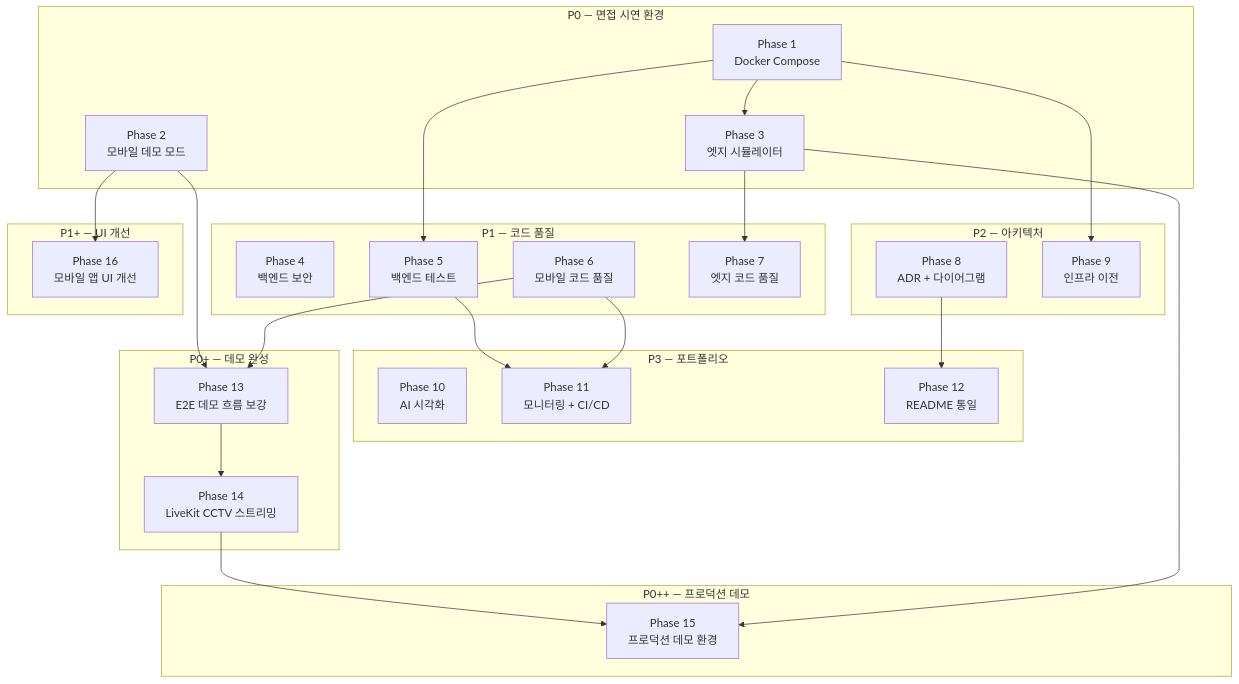
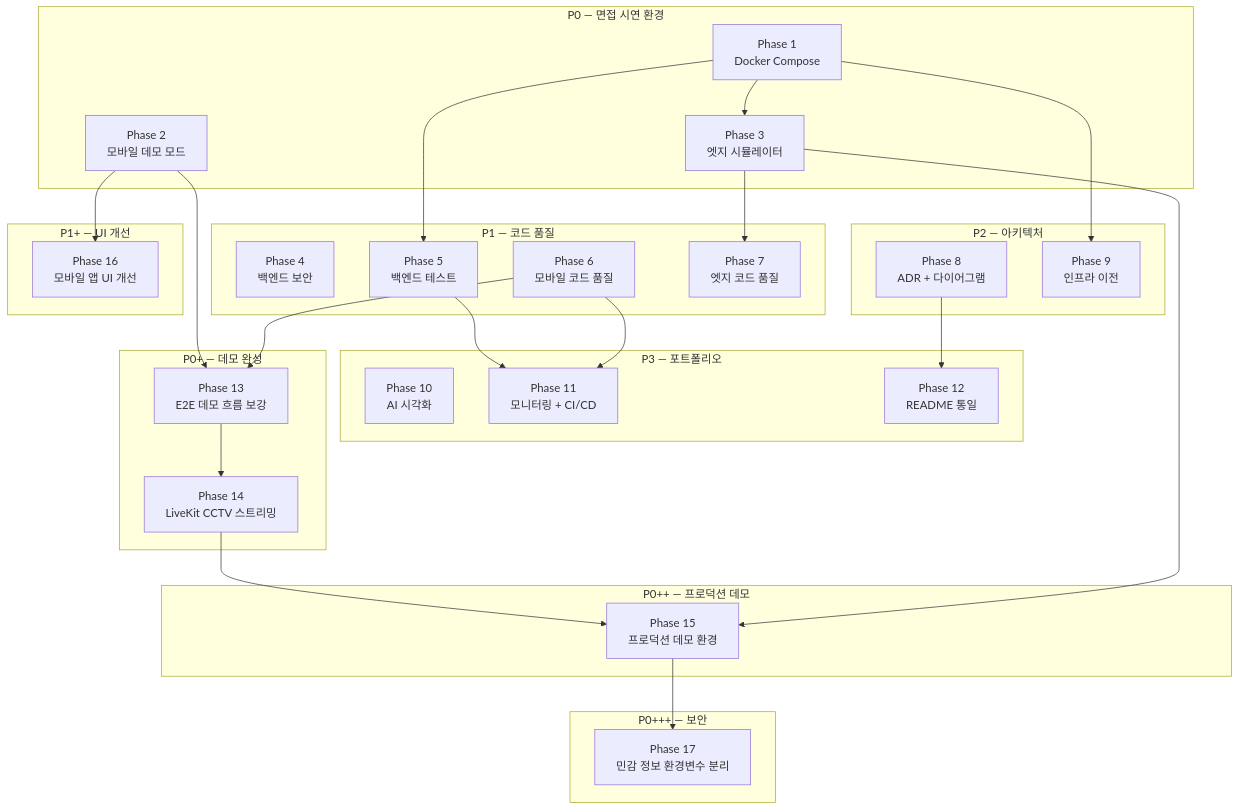
Before and after one commit to JeffKM/ember-sentinel-application: the diagram in docs/ROADMAP.md, drawn with Mermaid. The commit also changed other lines of this file and 16 other files, not shown here.

````diff
--- a/docs/ROADMAP.md
+++ b/docs/ROADMAP.md
@@ -415,53 +459,58 @@
 ```mermaid
 graph TD
     subgraph "P0 — 면접 시연 환경"
         P1_phase["Phase 1<br/>Docker Compose"]
         P2_phase["Phase 2<br/>모바일 데모 모드"]
         P3_phase["Phase 3<br/>엣지 시뮬레이터"]
     end
 
     subgraph "P1 — 코드 품질"
         P4_phase["Phase 4<br/>백엔드 보안"]
         P5_phase["Phase 5<br/>백엔드 테스트"]
         P6_phase["Phase 6<br/>모바일 코드 품질"]
         P7_phase["Phase 7<br/>엣지 코드 품질"]
     end
 
     subgraph "P2 — 아키텍처"
         P8_phase["Phase 8<br/>ADR + 다이어그램"]
         P9_phase["Phase 9<br/>인프라 이전"]
     end
 
     subgraph "P3 — 포트폴리오"
         P10_phase["Phase 10<br/>AI 시각화"]
         P11_phase["Phase 11<br/>모니터링 + CI/CD"]
         P12_phase["Phase 12<br/>README 통일"]
     end
 
     subgraph "P0+ — 데모 완성"
         P13_phase["Phase 13<br/>E2E 데모 흐름 보강"]
         P14_phase["Phase 14<br/>LiveKit CCTV 스트리밍"]
     end
 
     subgraph "P0++ — 프로덕션 데모"
         P15_phase["Phase 15<br/>프로덕션 데모 환경"]
     end
 
     subgraph "P1+ — UI 개선"
         P16_phase["Phase 16<br/>모바일 앱 UI 개선"]
     end
 
+    subgraph "P0+++ — 보안"
+        P17_phase["Phase 17<br/>민감 정보 환경변수 분리"]
+    end
+
     P1_phase --> P3_phase
     P1_phase --> P5_phase
     P1_phase --> P9_phase
     P3_phase --> P7_phase
     P5_phase --> P11_phase
     P6_phase --> P11_phase
     P8_phase --> P12_phase
     P2_phase --> P13_phase
     P6_phase --> P13_phase
     P13_phase --> P14_phase
     P14_phase --> P15_phase
     P3_phase --> P15_phase
     P2_phase --> P16_phase
+    P15_phase --> P17_phase
 ```
````
